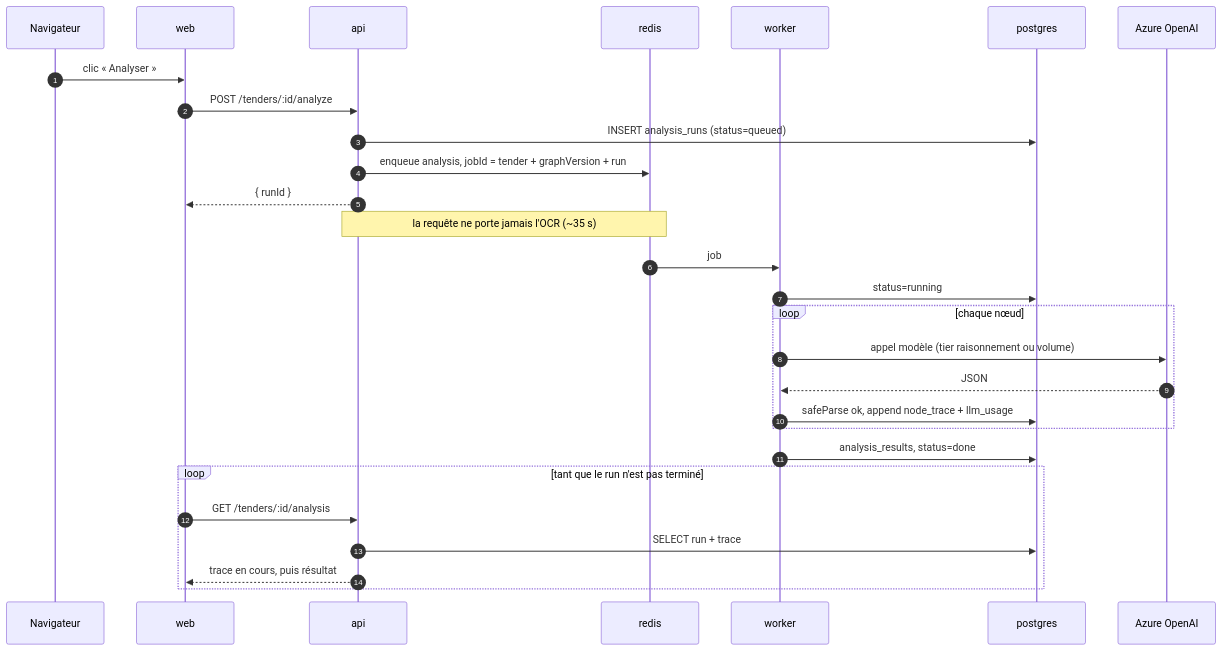
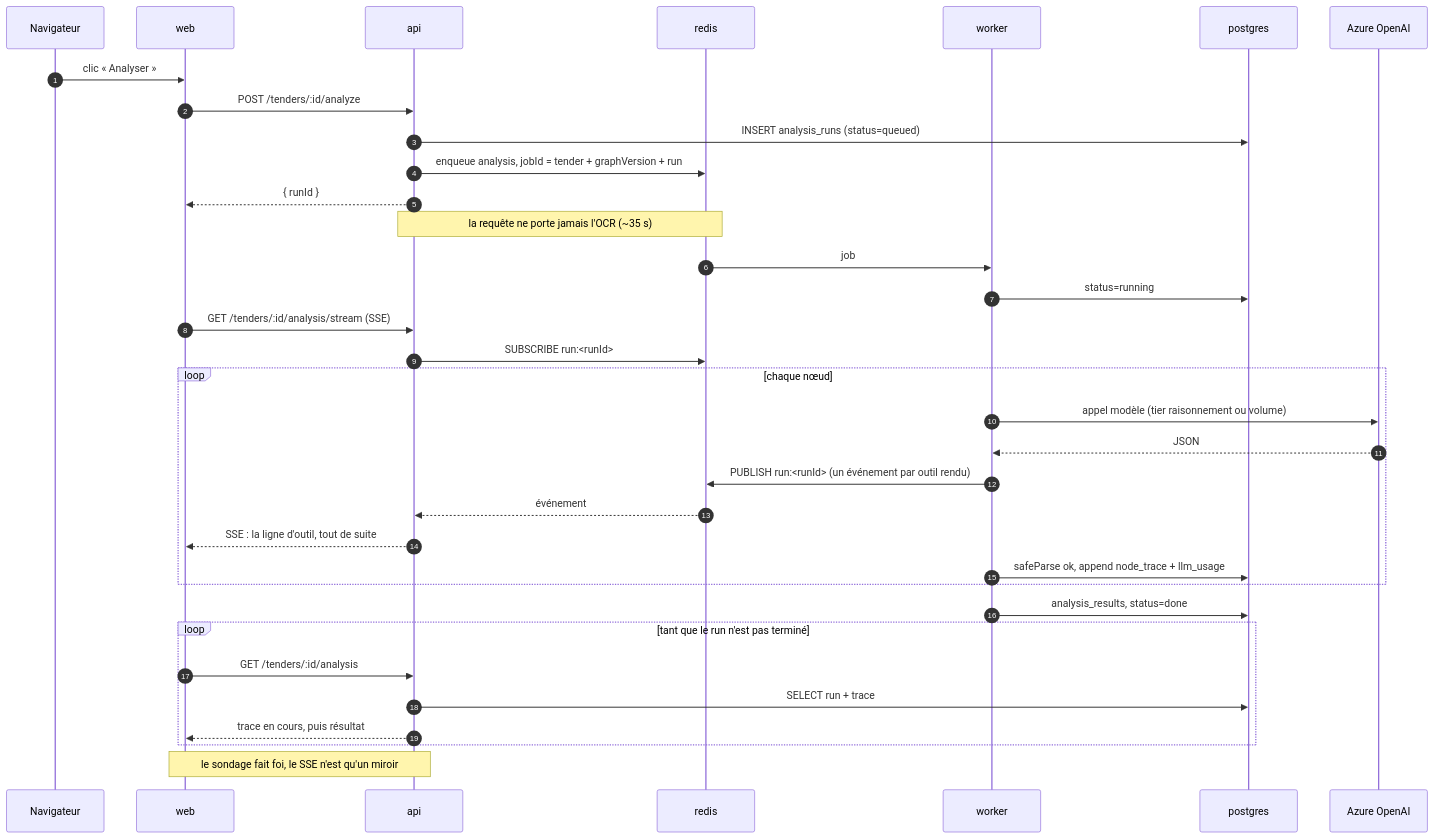
Before and after one commit to abdel-oue/TenderPilot: the fifth of 9 diagrams in docs/diagrams.md, drawn with Mermaid. The commit also changed other lines of this file and 6 other files, not shown here.

````diff
--- a/docs/diagrams.md
+++ b/docs/diagrams.md
@@ -154,33 +154,39 @@
 ```mermaid
 sequenceDiagram
   autonumber
   participant U as Navigateur
   participant W as web
   participant A as api
   participant R as redis
   participant K as worker
   participant P as postgres
   participant L as Azure OpenAI
 
   U->>W: clic « Analyser »
   W->>A: POST /tenders/:id/analyze
   A->>P: INSERT analysis_runs (status=queued)
   A->>R: enqueue analysis, jobId = tender + graphVersion + run
   A-->>W: { runId }
   Note over A,R: la requête ne porte jamais l'OCR (~35 s)
 
   R->>K: job
   K->>P: status=running
+  W->>A: GET /tenders/:id/analysis/stream (SSE)
+  A->>R: SUBSCRIBE run:<runId>
   loop chaque nœud
     K->>L: appel modèle (tier raisonnement ou volume)
     L-->>K: JSON
+    K->>R: PUBLISH run:<runId> (un événement par outil rendu)
+    R-->>A: événement
+    A-->>W: SSE : la ligne d'outil, tout de suite
     K->>P: safeParse ok, append node_trace + llm_usage
   end
   K->>P: analysis_results, status=done
 
   loop tant que le run n'est pas terminé
     W->>A: GET /tenders/:id/analysis
     A->>P: SELECT run + trace
     A-->>W: trace en cours, puis résultat
   end
+  Note over W,A: le sondage fait foi, le SSE n'est qu'un miroir
 ```
````
